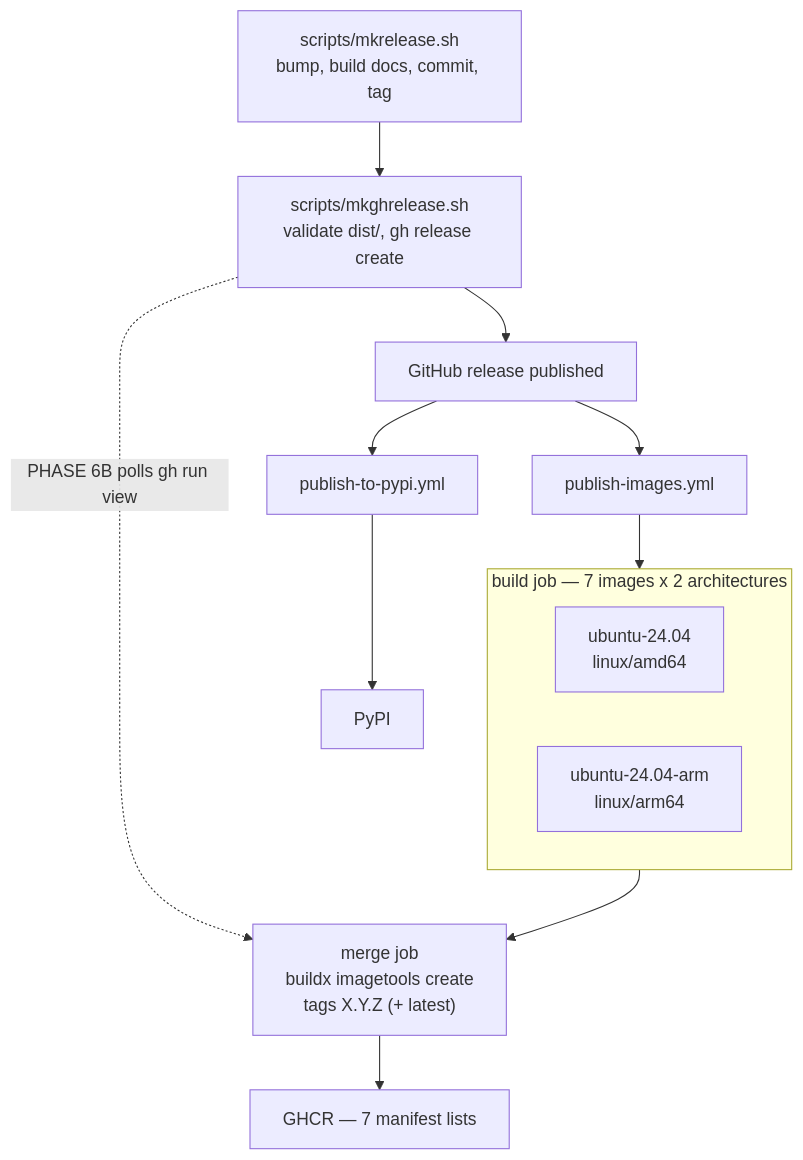
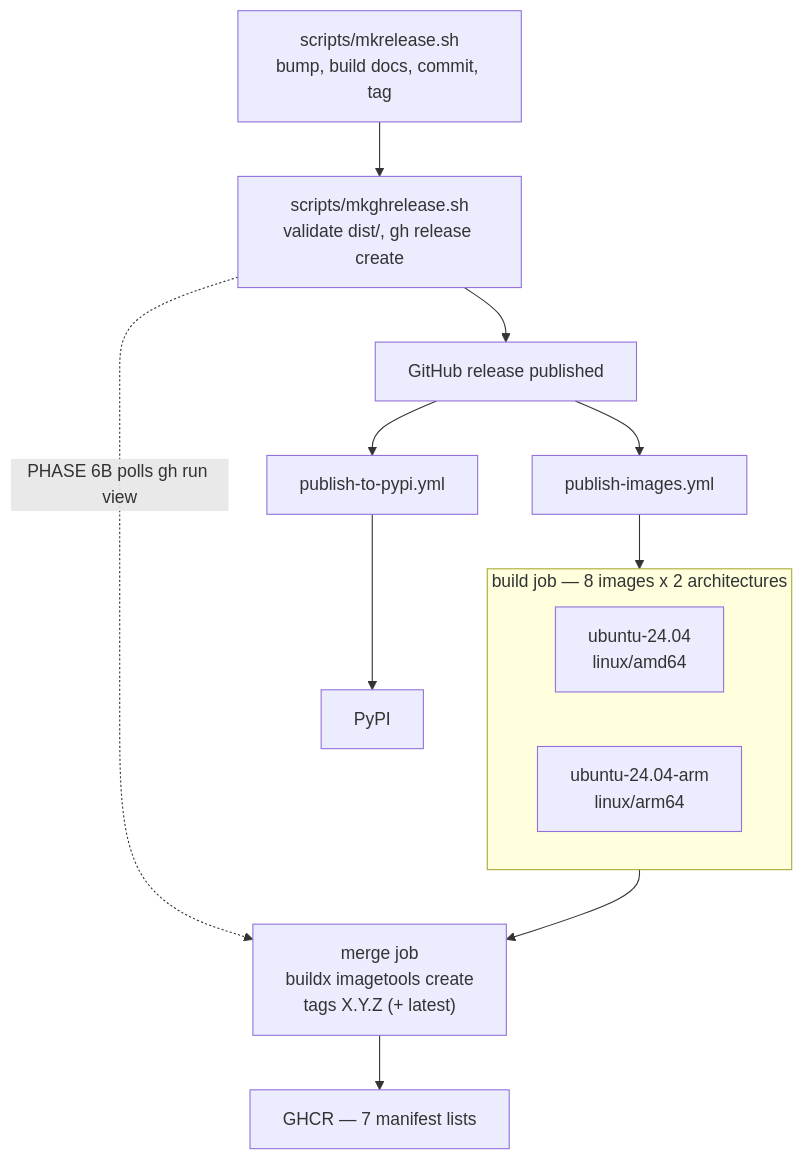
Before and after one commit to johan162/EduMatcher: the sixth of 8 diagrams in docs/books/architecture-and-development/part-4-developing/050-containers-and-networks.md, drawn with Mermaid. The commit also changed other lines of this file and 7 other files, not shown here.

````diff
--- a/docs/books/architecture-and-development/part-4-developing/050-containers-and-networks.md
+++ b/docs/books/architecture-and-development/part-4-developing/050-containers-and-networks.md
@@ -479,20 +506,20 @@
 ```mermaid
 flowchart TD
     MK["scripts/mkrelease.sh\nbump, build docs, commit, tag"]
     GHR["scripts/mkghrelease.sh\nvalidate dist/, gh release create"]
     REL["GitHub release published"]
 
     PY["publish-to-pypi.yml"]
     IMG["publish-images.yml"]
 
-    subgraph matrix["build job — 7 images x 2 architectures"]
+    subgraph matrix["build job — 8 images x 2 architectures"]
         AMD["ubuntu-24.04\nlinux/amd64"]
         ARM["ubuntu-24.04-arm\nlinux/arm64"]
     end
     MERGE["merge job\nbuildx imagetools create\ntags X.Y.Z (+ latest)"]
 
     MK --> GHR --> REL
     REL --> PY --> PYPI["PyPI"]
     REL --> IMG --> matrix --> MERGE --> GHCR["GHCR — 7 manifest lists"]
     GHR -.->|"PHASE 6B polls gh run view"| MERGE
 ```
````
